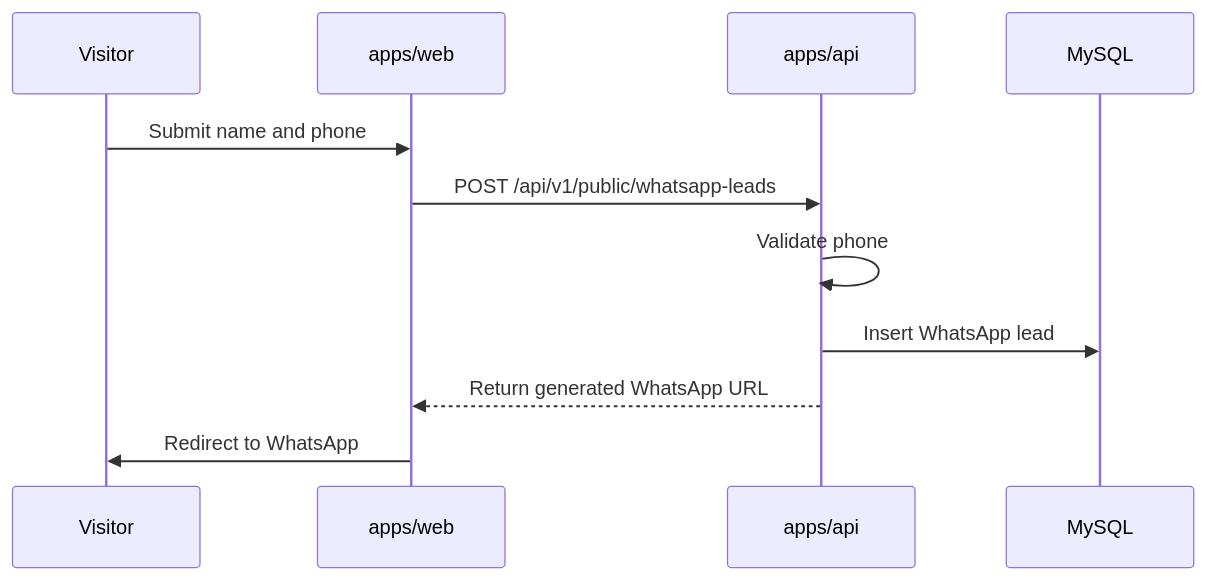
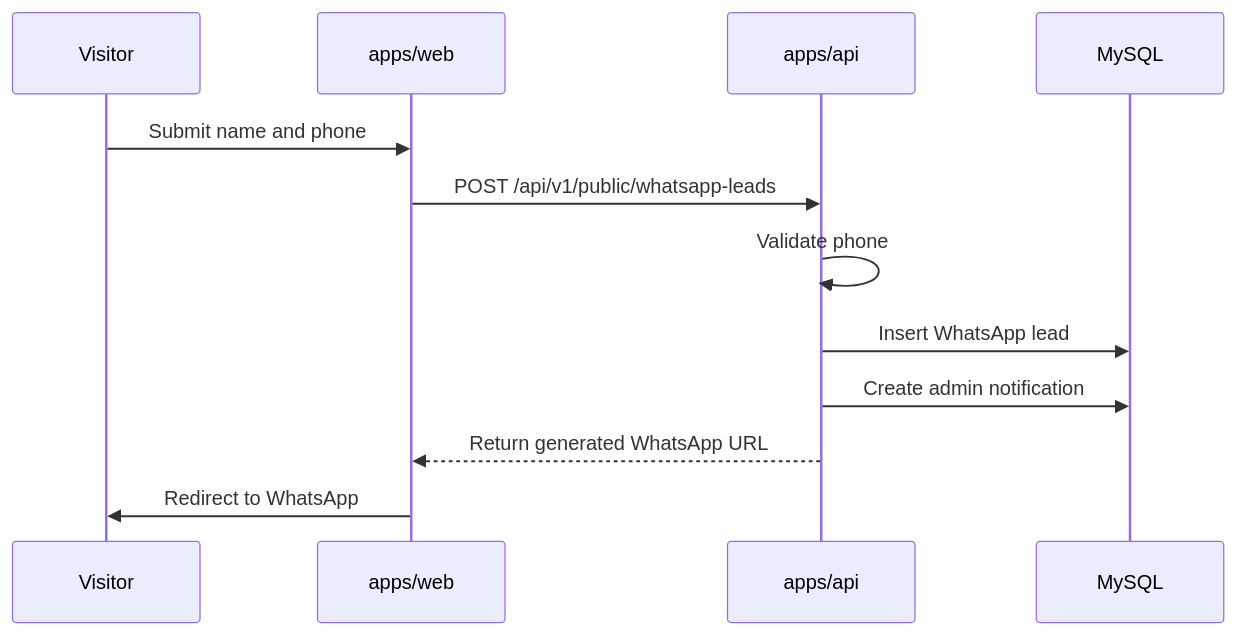
The second of 7 diagrams in docs/BACKEND_API_CONTRACT.md (AmandaYora/indobraga-company-profile), drawn with Mermaid before and after one commit. The commit also changed other lines of this file and 43 other files, not shown here.

````diff
--- a/docs/BACKEND_API_CONTRACT.md
+++ b/docs/BACKEND_API_CONTRACT.md
@@ -545,14 +612,15 @@
 ```mermaid
 sequenceDiagram
     participant Visitor
     participant Web as apps/web
     participant API as apps/api
     participant DB as MySQL
 
     Visitor->>Web: Submit name and phone
     Web->>API: POST /api/v1/public/whatsapp-leads
     API->>API: Validate phone
     API->>DB: Insert WhatsApp lead
+    API->>DB: Create admin notification
     API-->>Web: Return generated WhatsApp URL
     Web->>Visitor: Redirect to WhatsApp
 ```
````
